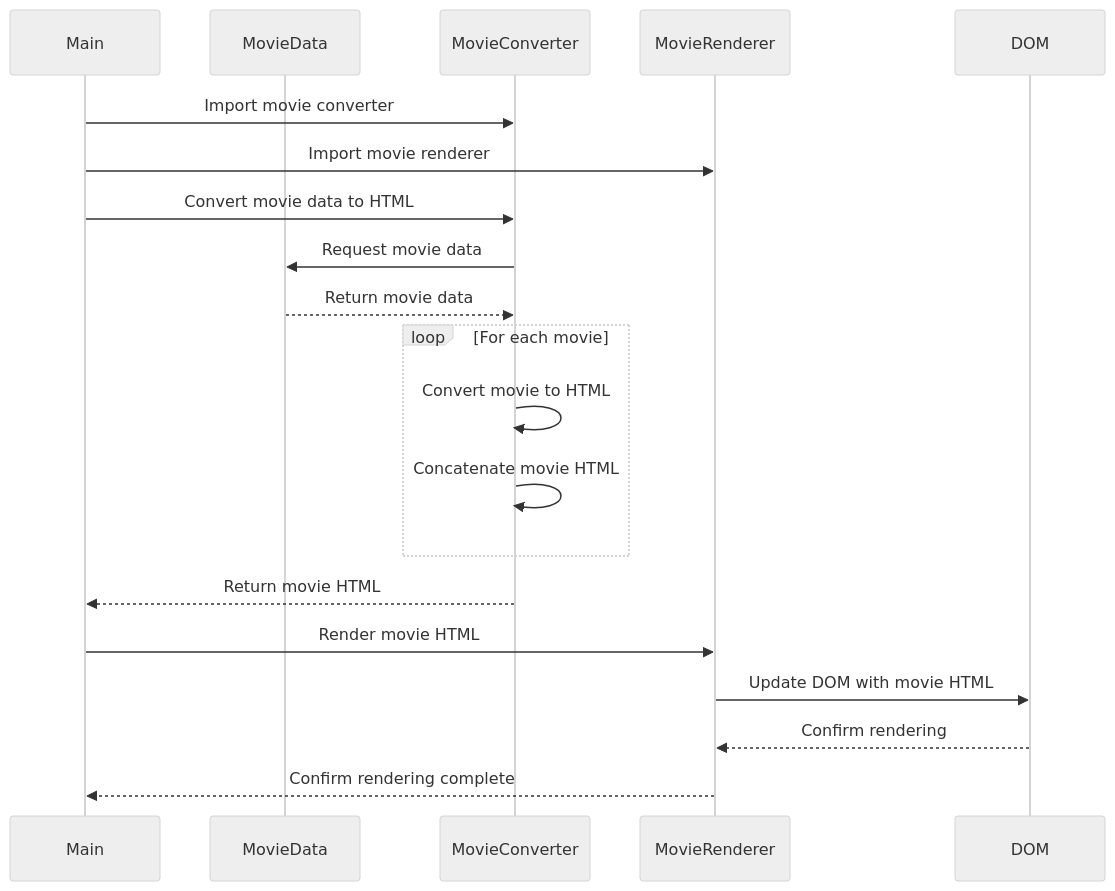
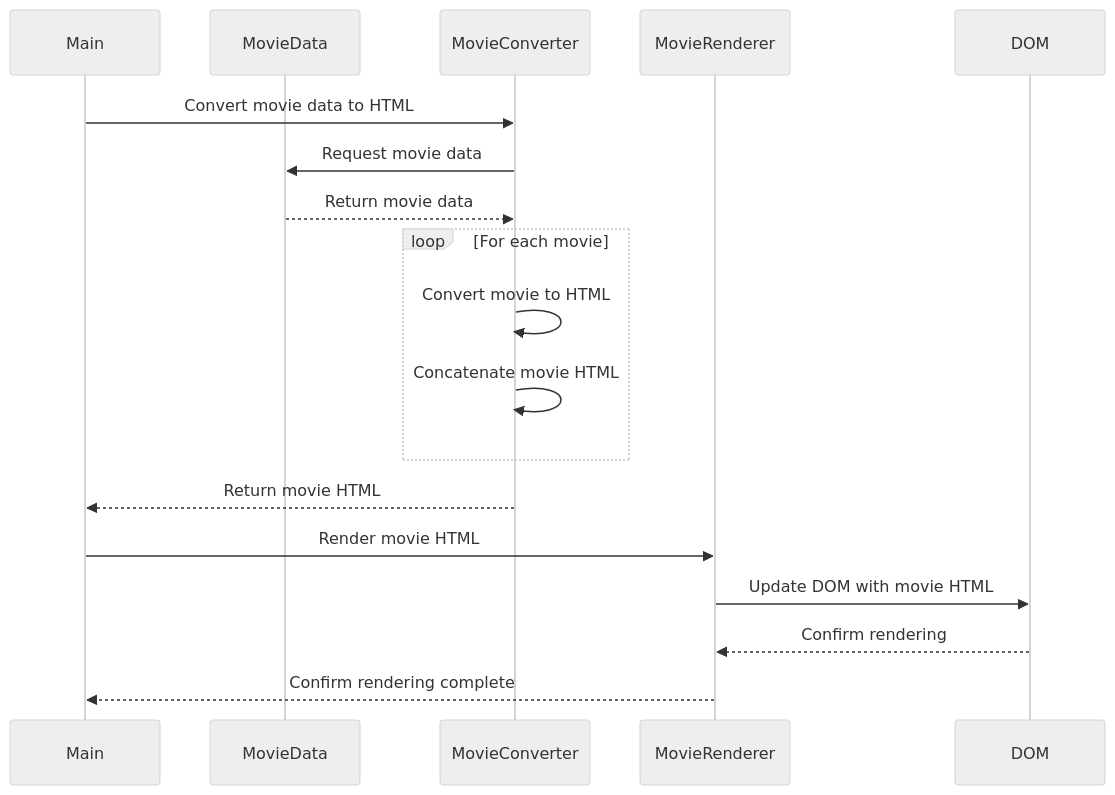
The diagram in book-3-martins-aquarium/chapters/MM_SETUP.md (vaguelyethnic/client-side-mastery), drawn with Mermaid (neutral theme) before and after one commit. The commit also changed 6 other files, not shown here.

````diff
--- a/book-3-martins-aquarium/chapters/MM_SETUP.md
+++ b/book-3-martins-aquarium/chapters/MM_SETUP.md
@@ -9,25 +9,22 @@
 ```mermaid
 sequenceDiagram
     participant Main
     participant MovieData
     participant MovieConverter
     participant MovieRenderer
     participant DOM
-
-    Main->>MovieConverter: Import movie converter
-    Main->>MovieRenderer: Import movie renderer
 
     Main->>MovieConverter: Convert movie data to HTML
     MovieConverter->>MovieData: Request movie data
     MovieData-->>MovieConverter: Return movie data
     loop For each movie
         MovieConverter->>MovieConverter: Convert movie to HTML
         MovieConverter->>MovieConverter: Concatenate movie HTML
     end
     MovieConverter-->>Main: Return movie HTML
 
     Main->>MovieRenderer: Render movie HTML
     MovieRenderer->>DOM: Update DOM with movie HTML
     DOM-->>MovieRenderer: Confirm rendering
     MovieRenderer-->>Main: Confirm rendering complete
 ```
````
